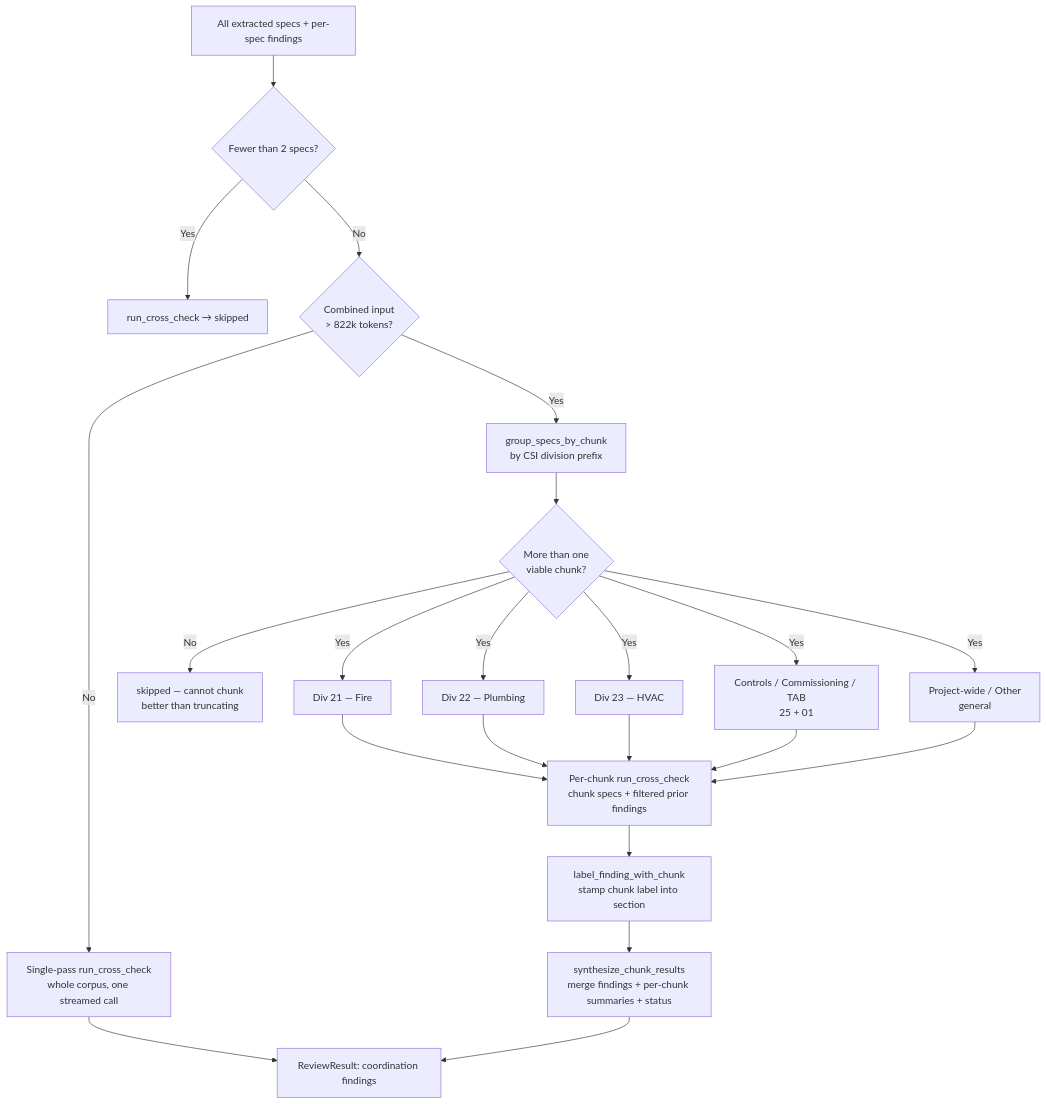
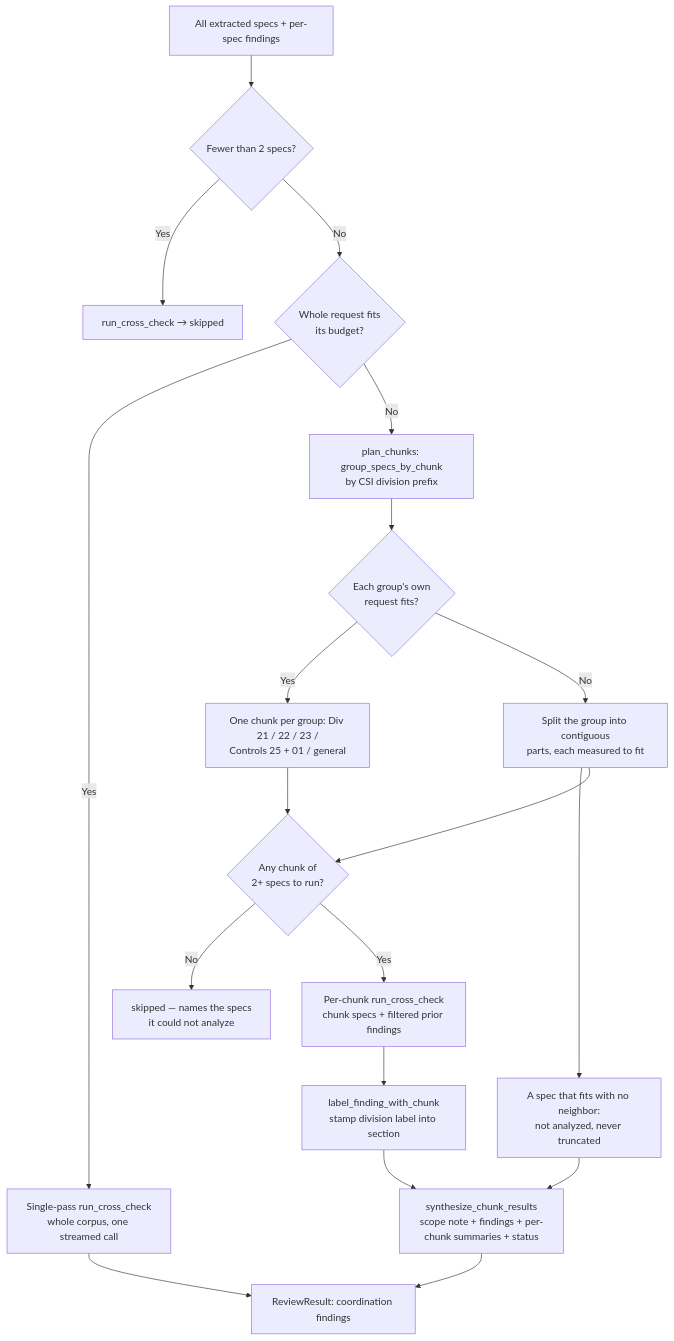
Before and after one commit to Abe-Borg/Claude-Spec-Critic: the diagram in handbook/08_cross_spec_coordination.md, drawn with Mermaid. The commit also changed other lines of this file and 35 other files, not shown here.

````diff
--- a/handbook/08_cross_spec_coordination.md
+++ b/handbook/08_cross_spec_coordination.md
@@ -180,20 +186,20 @@
 ```mermaid
 flowchart TD
     A[All extracted specs + per-spec findings] --> B{Fewer than 2 specs?}
     B -- Yes --> Z[run_cross_check &rarr; skipped]
-    B -- No --> C{Combined input<br/>&gt; 822k tokens?}
-    C -- No --> D[Single-pass run_cross_check<br/>whole corpus, one streamed call]
-    C -- Yes --> E[group_specs_by_chunk<br/>by CSI division prefix]
-    E --> F{More than one<br/>viable chunk?}
-    F -- No --> Y[skipped &mdash; cannot chunk<br/>better than truncating]
-    F -- Yes --> G1[Div 21 &mdash; Fire]
-    F -- Yes --> G2[Div 22 &mdash; Plumbing]
-    F -- Yes --> G3[Div 23 &mdash; HVAC]
-    F -- Yes --> G4[Controls / Commissioning / TAB<br/>25 + 01]
-    F -- Yes --> G5[Project-wide / Other<br/>general]
-    G1 & G2 & G3 & G4 & G5 --> H[Per-chunk run_cross_check<br/>chunk specs + filtered prior findings]
-    H --> I[label_finding_with_chunk<br/>stamp chunk label into section]
-    I --> J[synthesize_chunk_results<br/>merge findings + per-chunk summaries + status]
+    B -- No --> C{Whole request fits<br/>its budget?}
+    C -- Yes --> D[Single-pass run_cross_check<br/>whole corpus, one streamed call]
+    C -- No --> E[plan_chunks: group_specs_by_chunk<br/>by CSI division prefix]
+    E --> P{Each group's own<br/>request fits?}
+    P -- Yes --> G[One chunk per group: Div 21 / 22 / 23 /<br/>Controls 25 + 01 / general]
+    P -- No --> S[Split the group into contiguous<br/>parts, each measured to fit]
+    S --> N[A spec that fits with no neighbor:<br/>not analyzed, never truncated]
+    G & S --> F{Any chunk of<br/>2+ specs to run?}
+    F -- No --> Y[skipped &mdash; names the specs<br/>it could not analyze]
+    F -- Yes --> H[Per-chunk run_cross_check<br/>chunk specs + filtered prior findings]
+    H --> I[label_finding_with_chunk<br/>stamp division label into section]
+    I --> J[synthesize_chunk_results<br/>scope note + findings + per-chunk summaries + status]
+    N --> J
     D --> K[ReviewResult: coordination findings]
     J --> K
 ```
````
